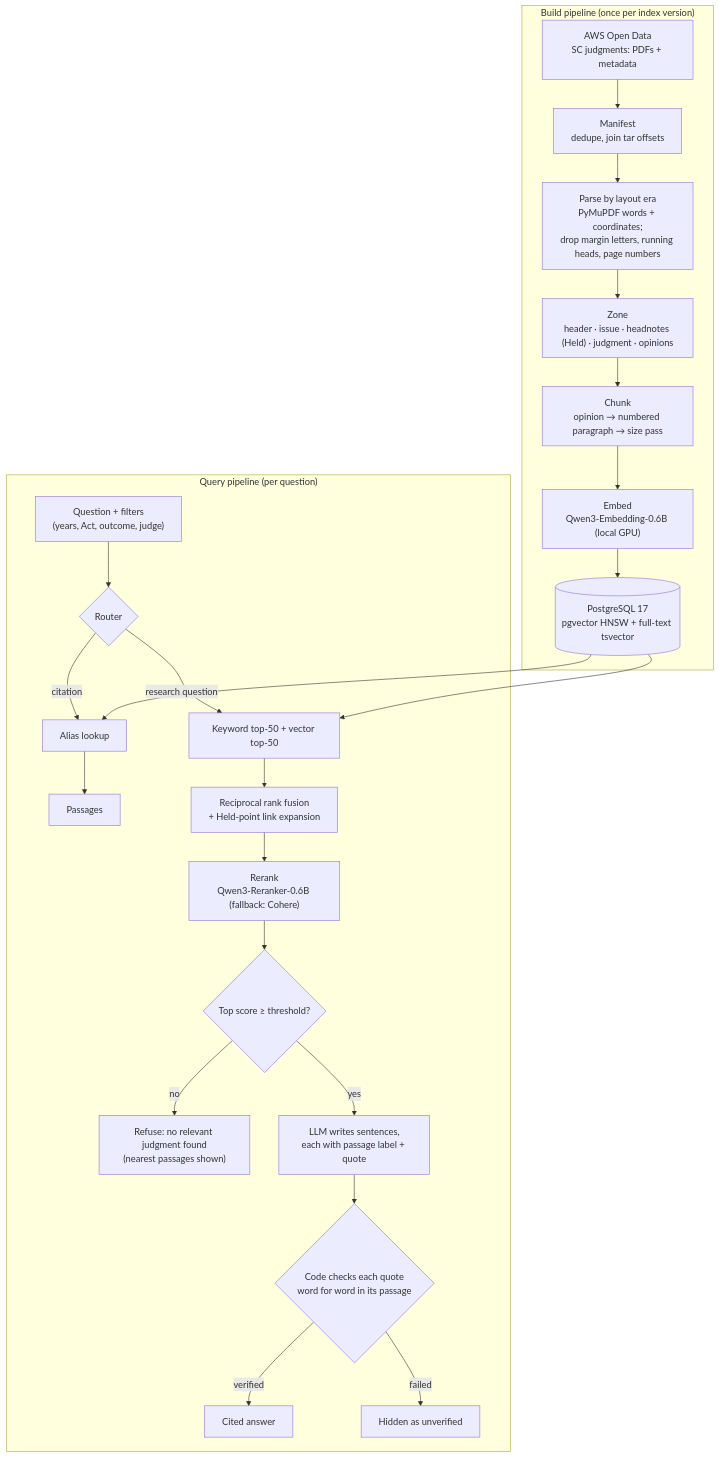
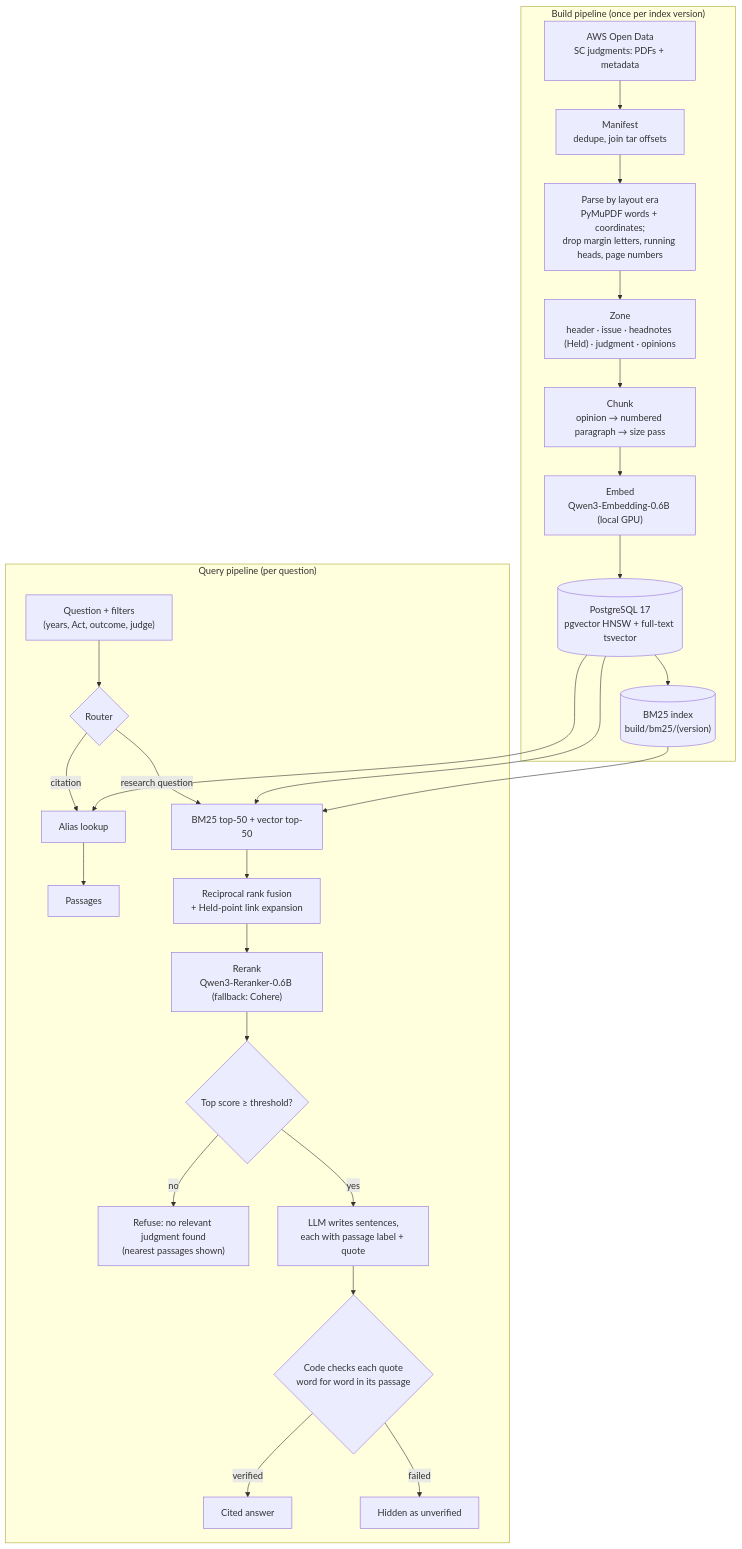
One commit to aadi-novice/nyaya-search changed the diagram in README.md. Above: the diagram before and after it, drawn with Mermaid. The commit also changed other lines of this file, not shown here.

Commit message:
README: the keyword leg is BM25 (architecture diagram and the hybrid-search decision)

````diff
--- a/README.md
+++ b/README.md
@@ -19,28 +19,30 @@
 ```mermaid
 flowchart TD
     subgraph BUILD["Build pipeline (once per index version)"]
         A["AWS Open Data<br/>SC judgments: PDFs + metadata"] --> B["Manifest<br/>dedupe, join tar offsets"]
         B --> C["Parse by layout era<br/>PyMuPDF words + coordinates;<br/>drop margin letters, running heads, page numbers"]
         C --> D["Zone<br/>header · issue · headnotes (Held) · judgment · opinions"]
         D --> E["Chunk<br/>opinion → numbered paragraph → size pass"]
         E --> F["Embed<br/>Qwen3-Embedding-0.6B (local GPU)"]
         F --> G[("PostgreSQL 17<br/>pgvector HNSW + full-text tsvector")]
+        G --> BM[("BM25 index<br/>build/bm25/(version)")]
     end
 
     subgraph QUERY["Query pipeline (per question)"]
         Q["Question + filters<br/>(years, Act, outcome, judge)"] --> R{"Router"}
         R -- "citation" --> L["Alias lookup"] --> P["Passages"]
-        R -- "research question" --> H["Keyword top-50 + vector top-50"]
+        R -- "research question" --> H["BM25 top-50 + vector top-50"]
         H --> RRF["Reciprocal rank fusion<br/>+ Held-point link expansion"]
         RRF --> RR["Rerank<br/>Qwen3-Reranker-0.6B (fallback: Cohere)"]
         RR --> T{"Top score ≥ threshold?"}
         T -- "no" --> X["Refuse: no relevant judgment found<br/>(nearest passages shown)"]
         T -- "yes" --> LLM["LLM writes sentences,<br/>each with passage label + quote"]
         LLM --> CK{"Code checks each quote<br/>word for word in its passage"}
         CK -- "verified" --> ANS["Cited answer"]
         CK -- "failed" --> U["Hidden as unverified"]
     end
 
     G --> H
+    BM --> H
     G --> L
 ```
````
